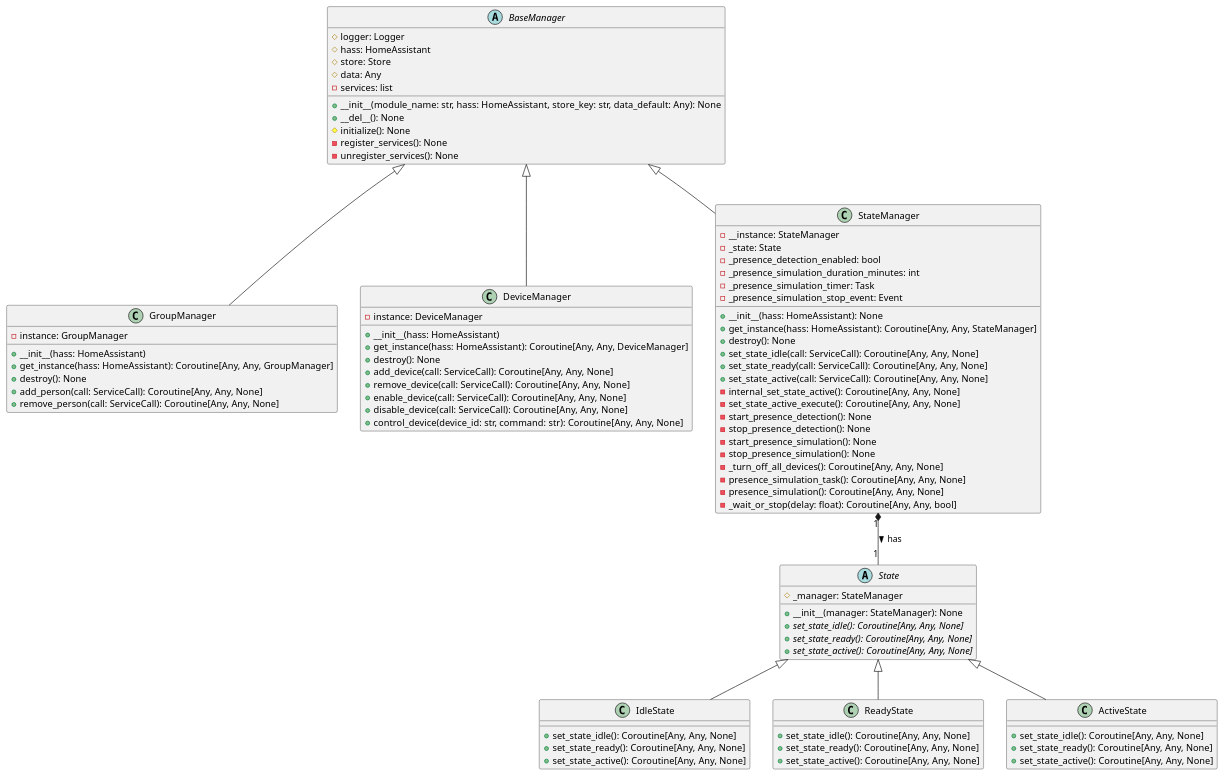
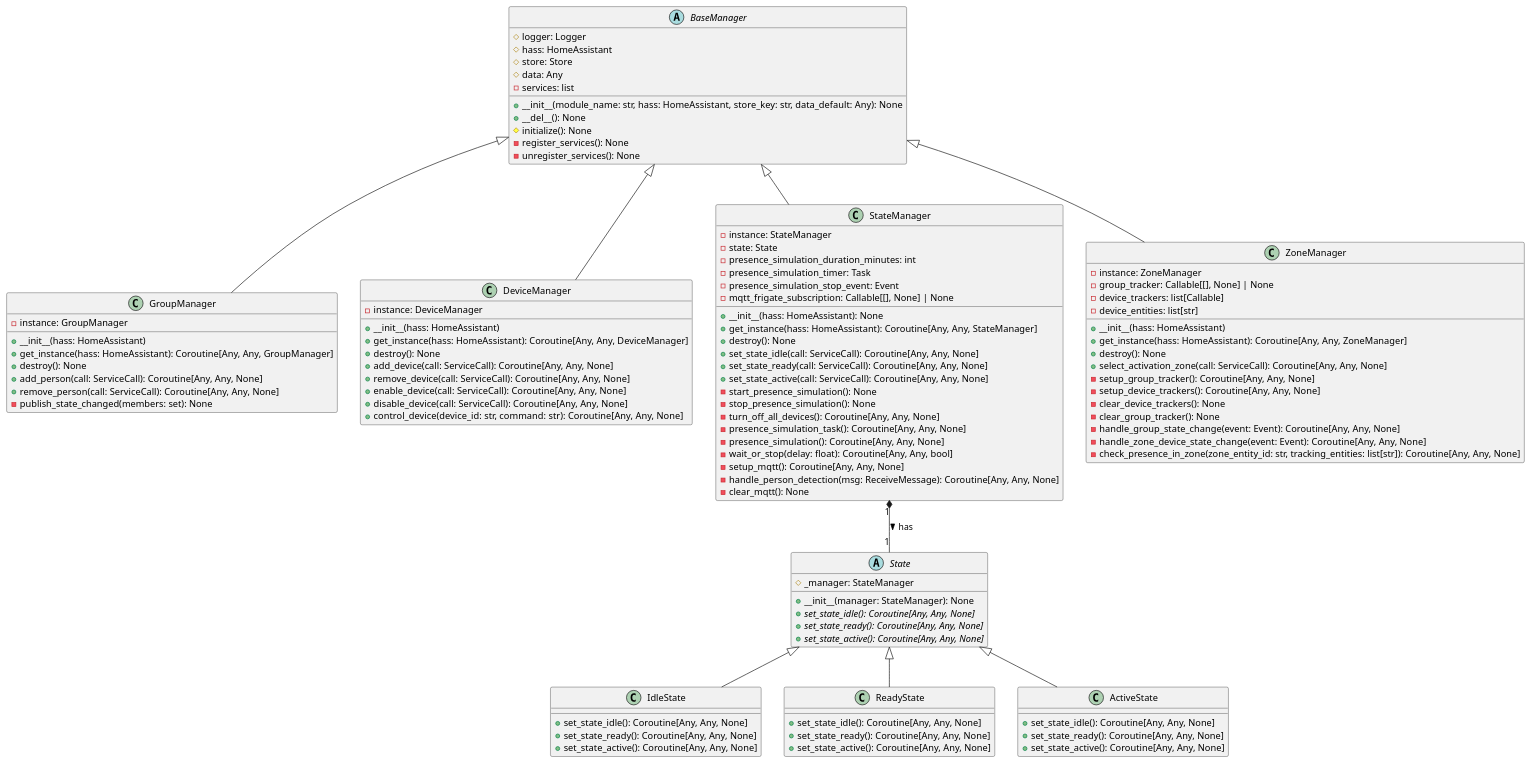
One commit to TPO-2024-2025/Varko changed the diagram in docs/gradivo/plantuml/Izvedljiv sistem/manager-razredni.puml. Above: the diagram before and after it, drawn with PlantUML. The commit also changed 9 other files, not shown here.

```diff
--- a/docs/gradivo/plantuml/Izvedljiv sistem/manager-razredni.puml
+++ b/docs/gradivo/plantuml/Izvedljiv sistem/manager-razredni.puml
@@ -1,94 +1,113 @@
 @startuml
 abstract class BaseManager {
     # logger: Logger
     # hass: HomeAssistant
     # store: Store
     # data: Any
     - services: list
     + __init__(module_name: str, hass: HomeAssistant, store_key: str, data_default: Any): None
     + __del__(): None
     # initialize(): None
     - register_services(): None
     - unregister_services(): None
 }
 
 class GroupManager {
     - instance: GroupManager
     + __init__(hass: HomeAssistant)
     + get_instance(hass: HomeAssistant): Coroutine[Any, Any, GroupManager]
     + destroy(): None
     + add_person(call: ServiceCall): Coroutine[Any, Any, None]
     + remove_person(call: ServiceCall): Coroutine[Any, Any, None]
+    - publish_state_changed(members: set): None
 }
 BaseManager <|-- GroupManager
 
 class DeviceManager {
     - instance: DeviceManager
     + __init__(hass: HomeAssistant)
     + get_instance(hass: HomeAssistant): Coroutine[Any, Any, DeviceManager]
     + destroy(): None
     + add_device(call: ServiceCall): Coroutine[Any, Any, None]
     + remove_device(call: ServiceCall): Coroutine[Any, Any, None]
     + enable_device(call: ServiceCall): Coroutine[Any, Any, None]
     + disable_device(call: ServiceCall): Coroutine[Any, Any, None]
     + control_device(device_id: str, command: str): Coroutine[Any, Any, None]
 }
 BaseManager <|-- DeviceManager
 
 class StateManager {
-    - __instance: StateManager
-    - _state: State
-    - _presence_detection_enabled: bool
-    - _presence_simulation_duration_minutes: int
-    - _presence_simulation_timer: Task
-    - _presence_simulation_stop_event: Event
+    - instance: StateManager
+    - state: State
+    - presence_simulation_duration_minutes: int
+    - presence_simulation_timer: Task
+    - presence_simulation_stop_event: Event
+    - mqtt_frigate_subscription: Callable[[], None] | None
     + __init__(hass: HomeAssistant): None
     + get_instance(hass: HomeAssistant): Coroutine[Any, Any, StateManager]
     + destroy(): None
     + set_state_idle(call: ServiceCall): Coroutine[Any, Any, None]
     + set_state_ready(call: ServiceCall): Coroutine[Any, Any, None]
     + set_state_active(call: ServiceCall): Coroutine[Any, Any, None]
-    - internal_set_state_active(): Coroutine[Any, Any, None]
-    - set_state_active_execute(): Coroutine[Any, Any, None]
-    - start_presence_detection(): None
-    - stop_presence_detection(): None
     - start_presence_simulation(): None
     - stop_presence_simulation(): None
-    - _turn_off_all_devices(): Coroutine[Any, Any, None]
+    - turn_off_all_devices(): Coroutine[Any, Any, None]
     - presence_simulation_task(): Coroutine[Any, Any, None]
     - presence_simulation(): Coroutine[Any, Any, None]
-    - _wait_or_stop(delay: float): Coroutine[Any, Any, bool]
+    - wait_or_stop(delay: float): Coroutine[Any, Any, bool]
+    - setup_mqtt(): Coroutine[Any, Any, None]
+    - handle_person_detection(msg: ReceiveMessage): Coroutine[Any, Any, None]
+    - clear_mqtt(): None
 }
 BaseManager <|-- StateManager
 StateManager "1" *-- "1" State : has >
 
 abstract class State {
     # _manager: StateManager
     + __init__(manager: StateManager): None
     + {abstract} set_state_idle(): Coroutine[Any, Any, None]
     + {abstract} set_state_ready(): Coroutine[Any, Any, None]
     + {abstract} set_state_active(): Coroutine[Any, Any, None]
 }
 
 class IdleState {
     + set_state_idle(): Coroutine[Any, Any, None]
     + set_state_ready(): Coroutine[Any, Any, None]
     + set_state_active(): Coroutine[Any, Any, None]
 }
 State <|-- IdleState
 
 class ReadyState {
     + set_state_idle(): Coroutine[Any, Any, None]
     + set_state_ready(): Coroutine[Any, Any, None]
     + set_state_active(): Coroutine[Any, Any, None]
 }
 State <|-- ReadyState
 
 class ActiveState {
     + set_state_idle(): Coroutine[Any, Any, None]
     + set_state_ready(): Coroutine[Any, Any, None]
     + set_state_active(): Coroutine[Any, Any, None]
 }
 State <|-- ActiveState
 
+class ZoneManager {
+    - instance: ZoneManager
+    - group_tracker: Callable[[], None] | None
+    - device_trackers: list[Callable]
+    - device_entities: list[str]
+    + __init__(hass: HomeAssistant)
+    + get_instance(hass: HomeAssistant): Coroutine[Any, Any, ZoneManager]
+    + destroy(): None
+    + select_activation_zone(call: ServiceCall): Coroutine[Any, Any, None]
+    - setup_group_tracker(): Coroutine[Any, Any, None]
+    - setup_device_trackers(): Coroutine[Any, Any, None]
+    - clear_device_trackers(): None
+    - clear_group_tracker(): None
+    - handle_group_state_change(event: Event): Coroutine[Any, Any, None]
+    - handle_zone_device_state_change(event: Event): Coroutine[Any, Any, None]
+    - check_presence_in_zone(zone_entity_id: str, tracking_entities: list[str]): Coroutine[Any, Any, None]
+}
+BaseManager <|-- ZoneManager
+
 @enduml
```
